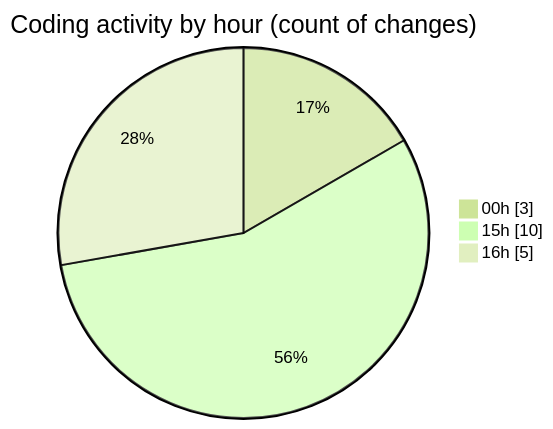
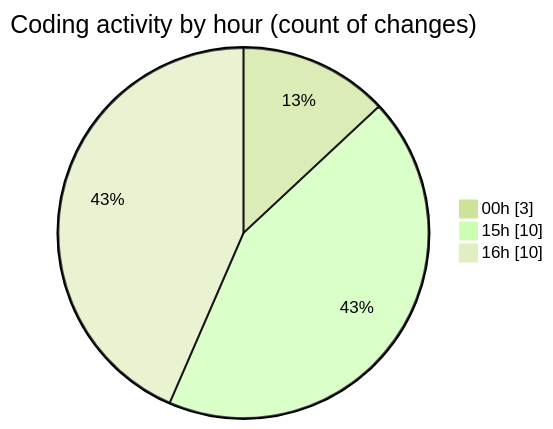
The second of 2 diagrams in 2025-03-30/autodidak/README.md (idhammustaqopulfikri/code-tracking), drawn with Mermaid (forest theme) before and after one commit. The commit also changed other lines of this file and 1 other file, not shown here.

````diff
--- a/2025-03-30/autodidak/README.md
+++ b/2025-03-30/autodidak/README.md
@@ -34,7 +35,7 @@
 ```mermaid
 pie showData
 title Coding activity by hour (count of changes)
 "00h" : 3
 "15h" : 10
-"16h" : 5
+"16h" : 10
 ```
````
